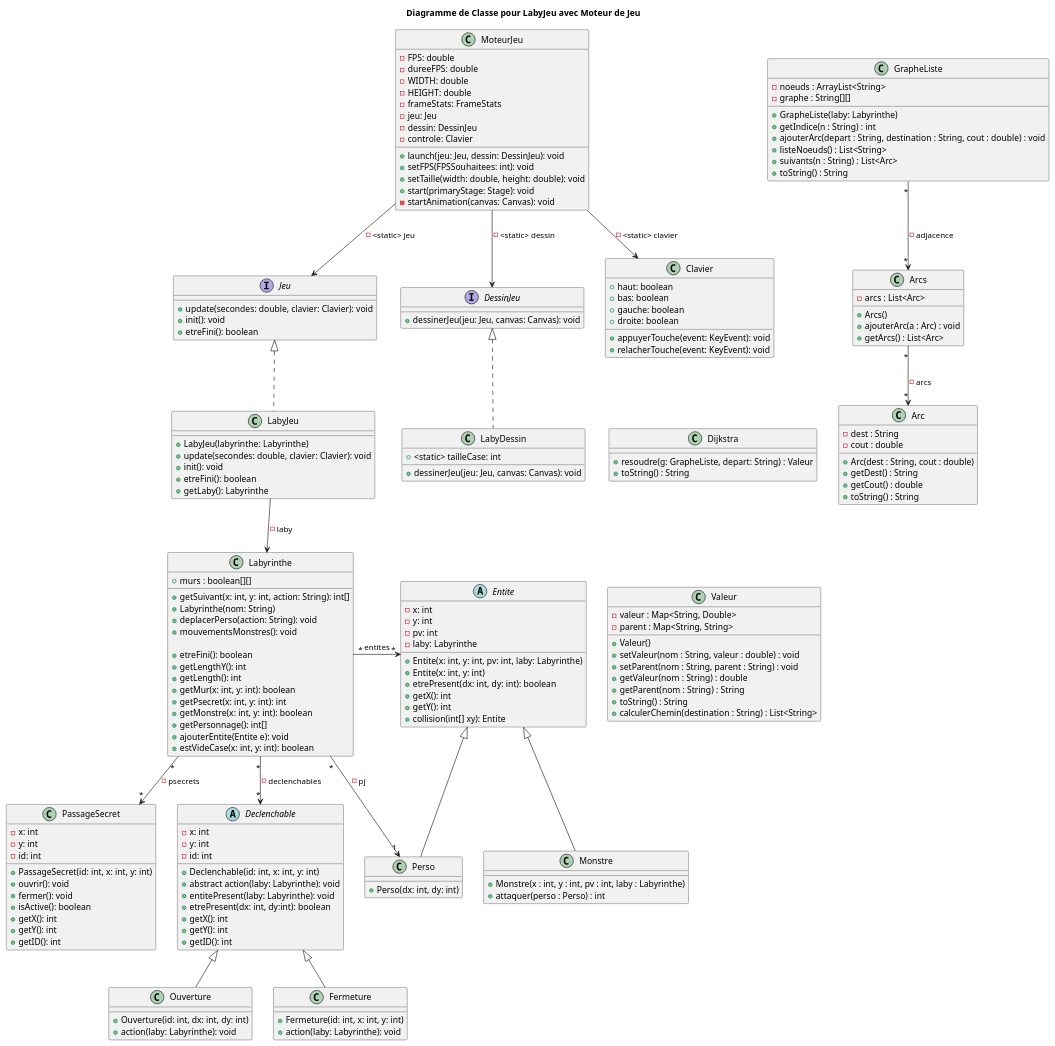
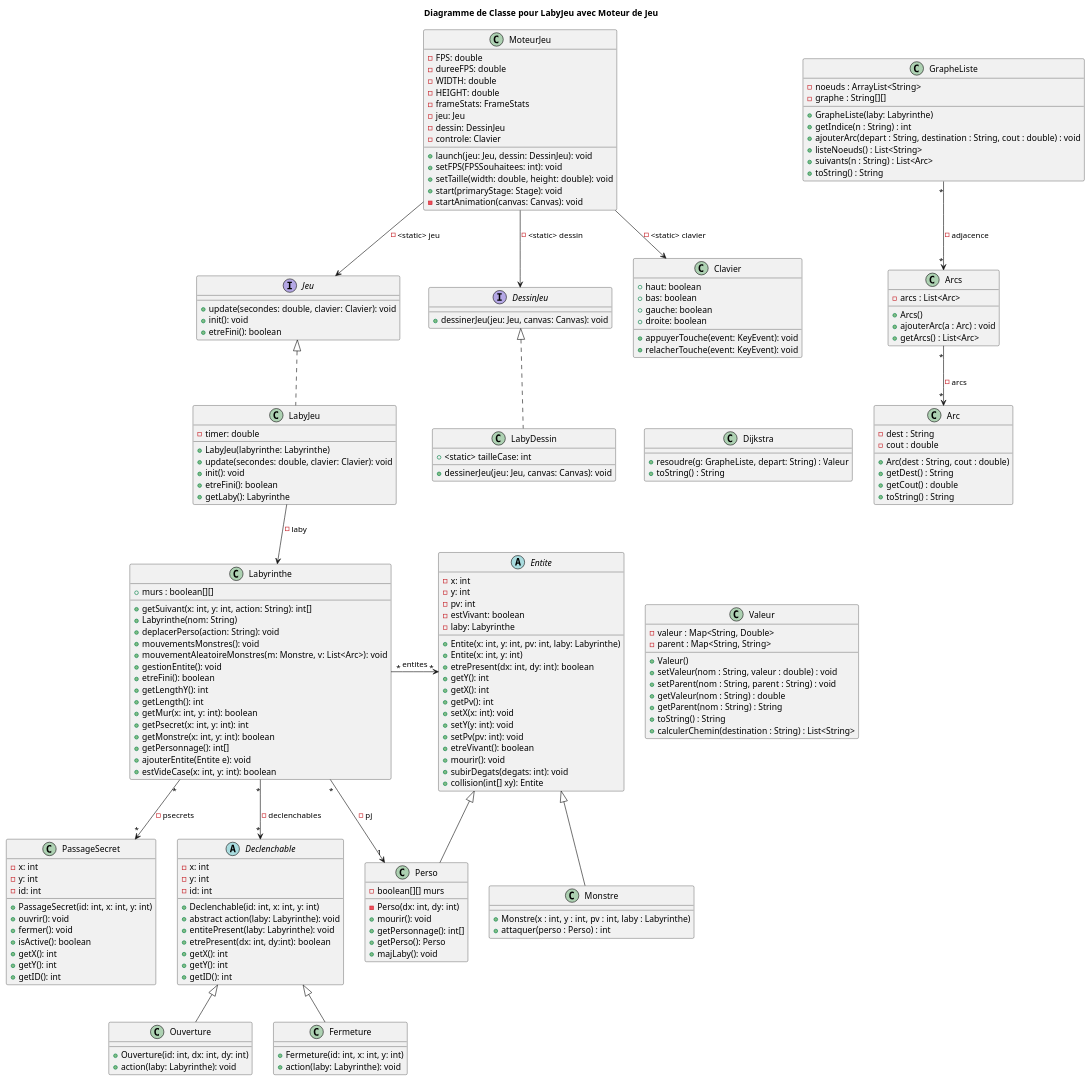
One commit to adrienMGN/2024_Zeldiablo_mangin225u_dewasch2u_favier36u_fontaine_noel332u changed the diagram in zeldiablo/src/gameLaby/Fonctionnement_Diag.puml. Above: the diagram before and after it, drawn with PlantUML.

Commit message:
update uml graph

```diff
--- a/zeldiablo/src/gameLaby/Fonctionnement_Diag.puml
+++ b/zeldiablo/src/gameLaby/Fonctionnement_Diag.puml
@@ -8,6 +8,7 @@
 }
 
 class LabyJeu {
+    -timer: double
 
     +LabyJeu(labyrinthe: Labyrinthe)
     +update(secondes: double, clavier: Clavier): void
@@ -33,7 +34,8 @@
     +Labyrinthe(nom: String)
     +deplacerPerso(action: String): void
     +mouvementsMonstres(): void
-
+    +mouvementAleatoireMonstres(m: Monstre, v: List<Arc>): void
+    +gestionEntite(): void
     +etreFini(): boolean
     +getLengthY(): int
     +getLength(): int
@@ -74,8 +76,12 @@
     + attaquer(perso : Perso) : int
              }
 class Perso {
-
-    +Perso(dx: int, dy: int)
+    -boolean[][] murs
+    -Perso(dx: int, dy: int)
+    +mourir(): void
+    +getPersonnage(): int[]
+    +getPerso(): Perso
+    +majLaby(): void
 }
 
 abstract class Declenchable {
@@ -118,12 +124,20 @@
     -x: int
     -y: int
     -pv: int
+    -estVivant: boolean
     -laby: Labyrinthe
     +Entite(x: int, y: int, pv: int, laby: Labyrinthe)
     +Entite(x: int, y: int)
     +etrePresent(dx: int, dy: int): boolean
+    +getY(): int
     +getX(): int
-    +getY(): int
+    +getPv(): int
+    +setX(x: int): void
+    +setY(y: int): void
+    +setPv(pv: int): void
+    +etreVivant(): boolean
+    +mourir(): void
+    +subirDegats(degats: int): void
     +collision(int[] xy): Entite
 }
 
```
